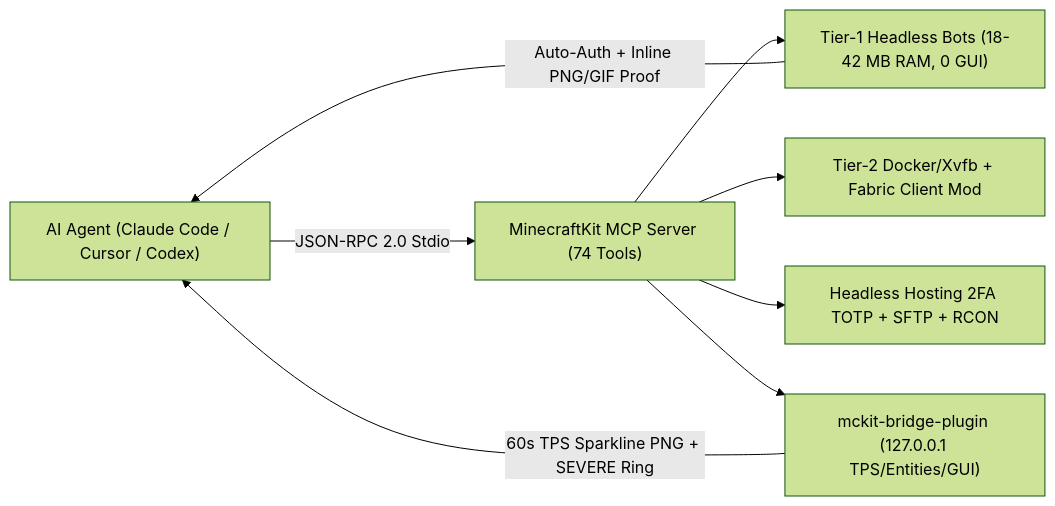
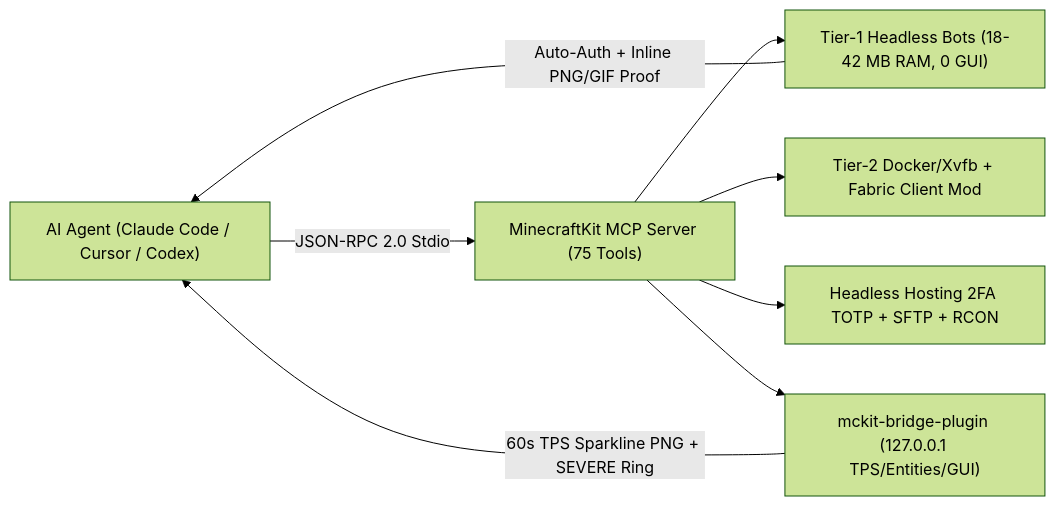
The diagram in README.md (SalyyS1/minecraftkit), drawn with Mermaid (forest theme) before and after one commit. The commit also changed other lines of this file and 20 other files, not shown here.

````diff
--- a/README.md
+++ b/README.md
@@ -12,10 +12,10 @@
 ```mermaid
 flowchart LR
-  AI["AI Agent (Claude Code / Cursor / Codex)"] -->|JSON-RPC 2.0 Stdio| MCP["MinecraftKit MCP Server (74 Tools)"]
+  AI["AI Agent (Claude Code / Cursor / Codex)"] -->|JSON-RPC 2.0 Stdio| MCP["MinecraftKit MCP Server (75 Tools)"]
   MCP --> BOT["Tier-1 Headless Bots (18-42 MB RAM, 0 GUI)"]
   MCP --> VIS["Tier-2 Docker/Xvfb + Fabric Client Mod"]
   MCP --> OPS["Headless Hosting 2FA TOTP + SFTP + RCON"]
   MCP --> BRIDGE["mckit-bridge-plugin (127.0.0.1 TPS/Entities/GUI)"]
   BOT -->|Auto-Auth + Inline PNG/GIF Proof| AI
   BRIDGE -->|60s TPS Sparkline PNG + SEVERE Ring| AI
 ```
````
